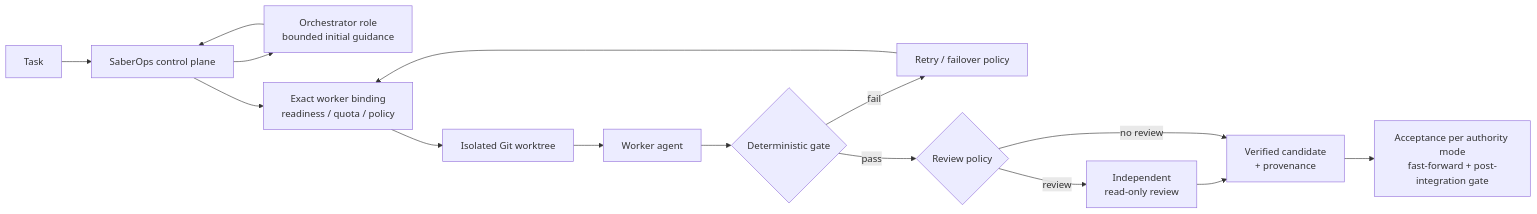
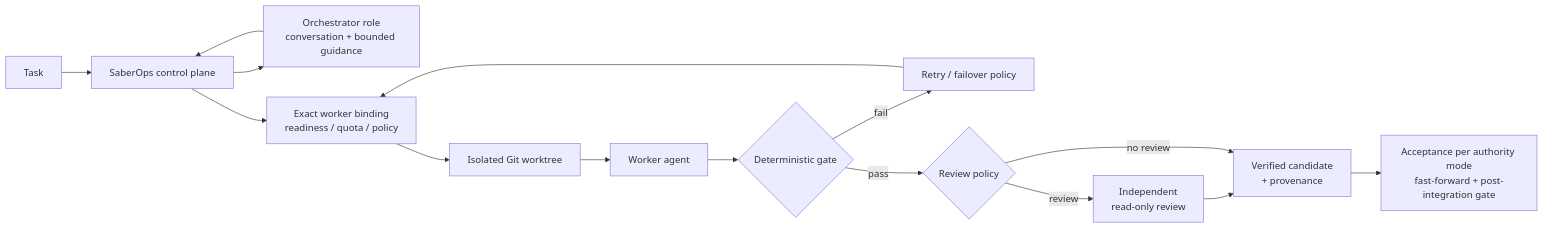
The diagram in README.md (sabers13/SaberOps), drawn with Mermaid before and after one commit. The commit also changed other lines of this file and 167 other files, not shown here.

````diff
--- a/README.md
+++ b/README.md
@@ -36,17 +36,17 @@
 ```mermaid
 flowchart LR
     T[Task] --> C[SaberOps control plane]
-    C --> O[Orchestrator role<br/>bounded initial guidance]
+    C --> O[Orchestrator role<br/>conversation + bounded guidance]
     O --> C
     C --> R[Exact worker binding<br/>readiness / quota / policy]
     R --> W[Isolated Git worktree]
     W --> A[Worker agent]
     A --> G{Deterministic gate}
     G -- fail --> F[Retry / failover policy]
     F --> R
     G -- pass --> V{Review policy}
     V -- review --> RV[Independent<br/>read-only review]
     RV --> P[Verified candidate<br/>+ provenance]
     V -- no review --> P
     P --> AC[Acceptance per authority mode<br/>fast-forward + post-integration gate]
 ```
````
